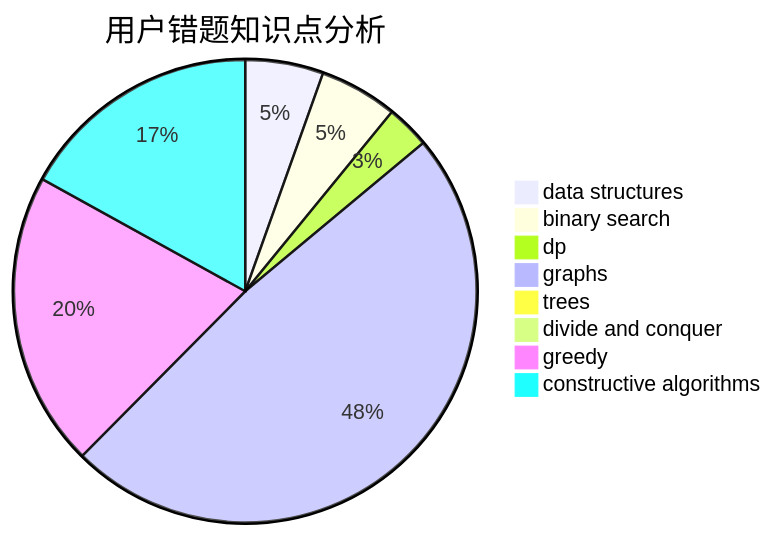
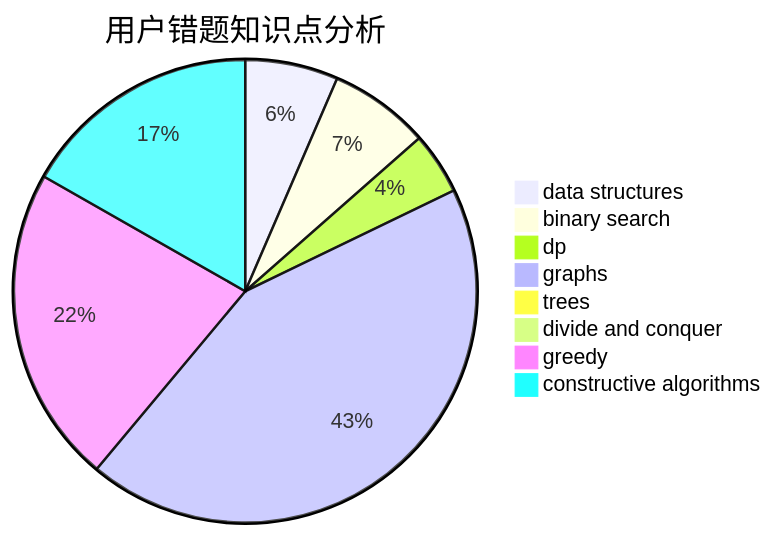
One commit to sherpahu/cfrs.github.io changed the third of 3 diagrams in docs/user/u1497.md. Above: the diagram before and after it, drawn with Mermaid. The commit also changed other lines of this file and 2770 other files, not shown here.

````diff
--- a/docs/user/u1497.md
+++ b/docs/user/u1497.md
@@ -36,11 +36,11 @@
 ```mermaid
 pie title 用户错题知识点分析
-    "data structures" :  9
-    "binary search" :  9
-    "dp" :  5
+    "data structures" :  12
+    "binary search" :  13
+    "dp" :  8
     "graphs" :  80
     "trees" :  1
     "divide and conquer" :  0
-    "greedy" :  34
-    "constructive algorithms" :  28
+    "greedy" :  41
+    "constructive algorithms" :  31
 ```
````
